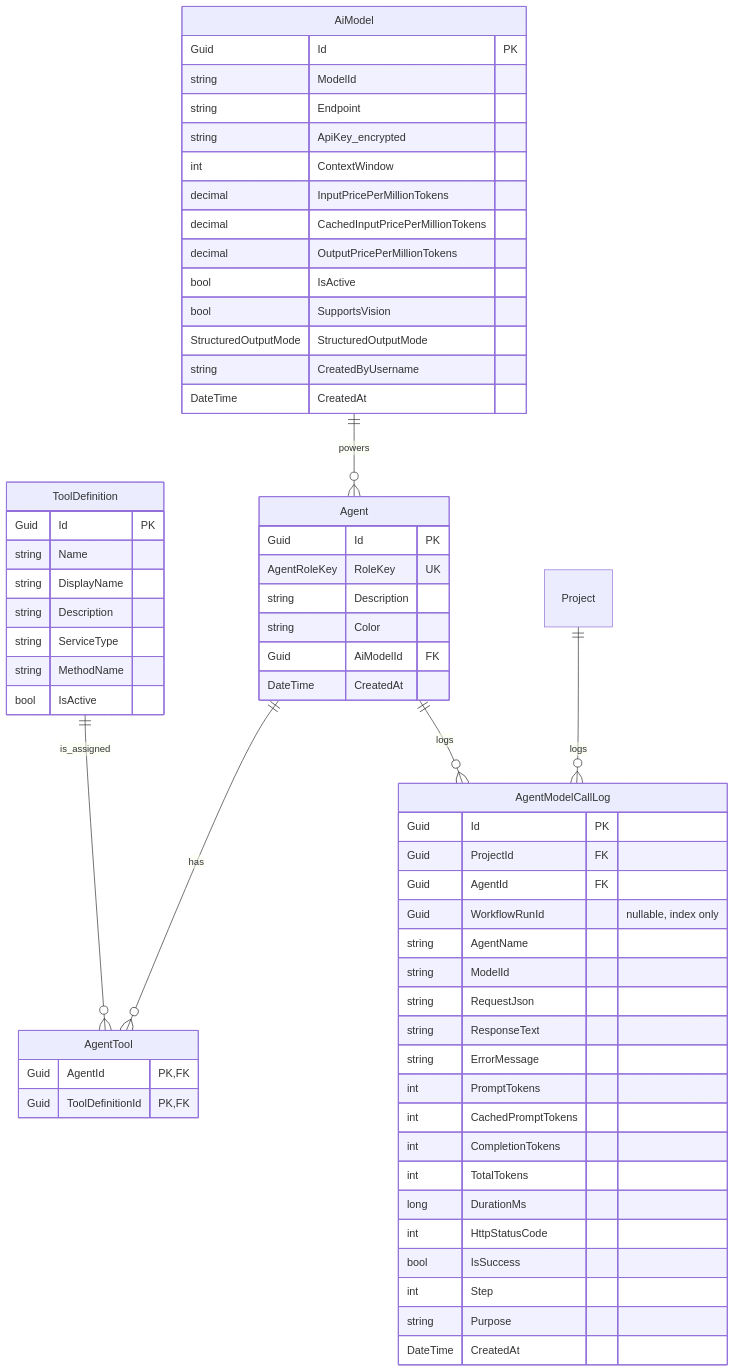
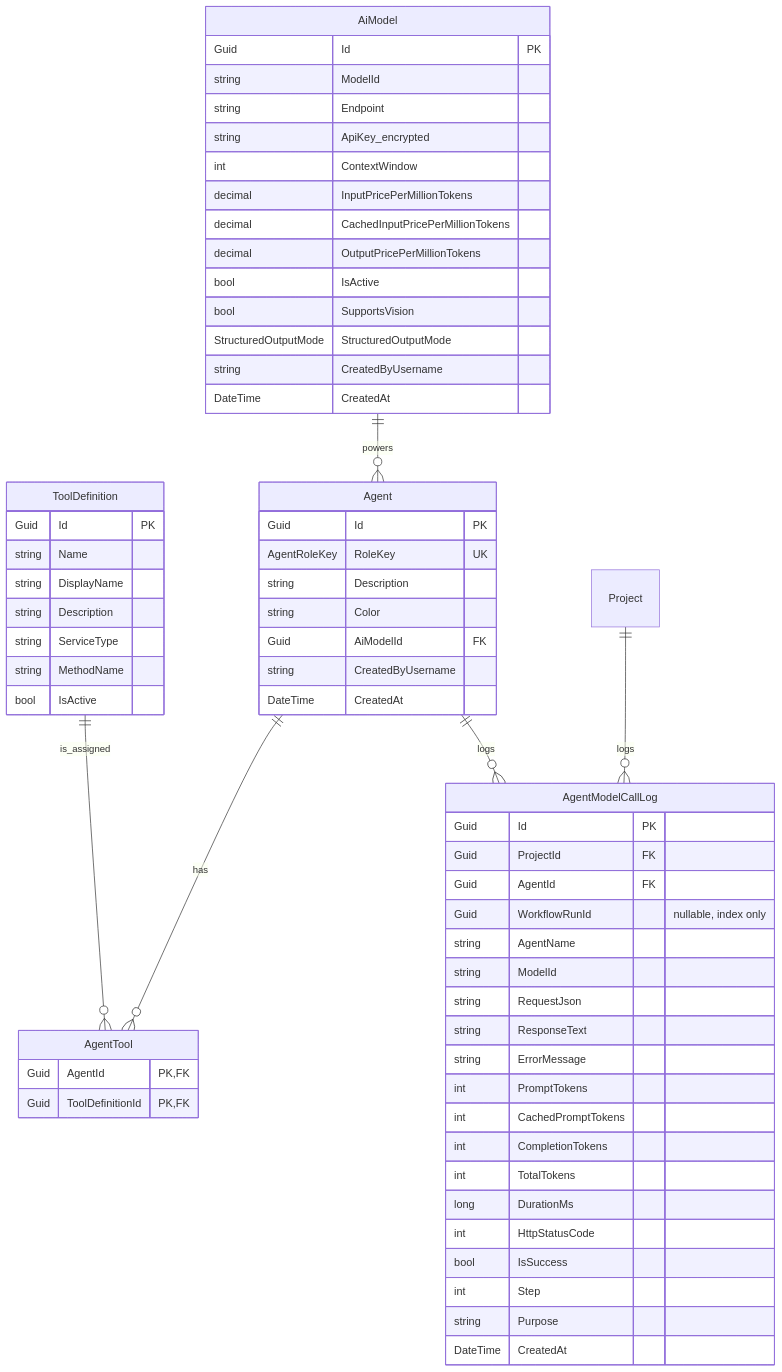
The fifth of 9 diagrams in docs/data-model.md (Songlong0506/ICOGenerator-v4), drawn with Mermaid before and after one commit. The commit also changed other lines of this file and 39 other files, not shown here.

````diff
--- a/docs/data-model.md
+++ b/docs/data-model.md
@@ -275,70 +278,71 @@
 ```mermaid
 erDiagram
     AiModel {
         Guid Id PK
         string ModelId
         string Endpoint
         string ApiKey_encrypted
         int ContextWindow
         decimal InputPricePerMillionTokens
         decimal CachedInputPricePerMillionTokens
         decimal OutputPricePerMillionTokens
         bool IsActive
         bool SupportsVision
         StructuredOutputMode StructuredOutputMode
         string CreatedByUsername
         DateTime CreatedAt
     }
 
     Agent {
         Guid Id PK
         AgentRoleKey RoleKey UK
         string Description
         string Color
         Guid AiModelId FK
+        string CreatedByUsername
         DateTime CreatedAt
     }
 
     ToolDefinition {
         Guid Id PK
         string Name
         string DisplayName
         string Description
         string ServiceType
         string MethodName
         bool IsActive
     }
 
     AgentTool {
         Guid AgentId PK, FK
         Guid ToolDefinitionId PK, FK
     }
 
     AgentModelCallLog {
         Guid Id PK
         Guid ProjectId FK
         Guid AgentId FK
         Guid WorkflowRunId "nullable, index only"
         string AgentName
         string ModelId
         string RequestJson
         string ResponseText
         string ErrorMessage
         int PromptTokens
         int CachedPromptTokens
         int CompletionTokens
         int TotalTokens
         long DurationMs
         int HttpStatusCode
         bool IsSuccess
         int Step
         string Purpose
         DateTime CreatedAt
     }
 
     AiModel ||--o{ Agent : powers
     Agent ||--o{ AgentTool : has
     ToolDefinition ||--o{ AgentTool : is_assigned
     Project ||--o{ AgentModelCallLog : logs
     Agent ||--o{ AgentModelCallLog : logs
 ```
````
